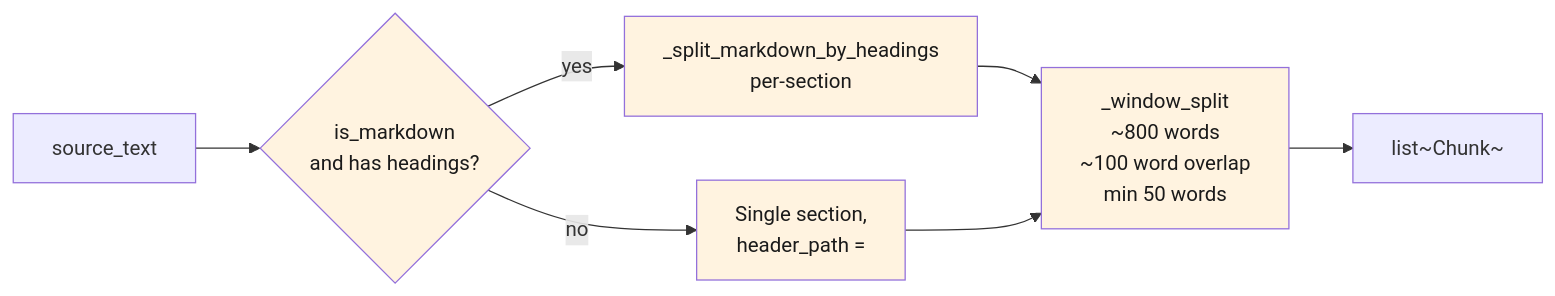
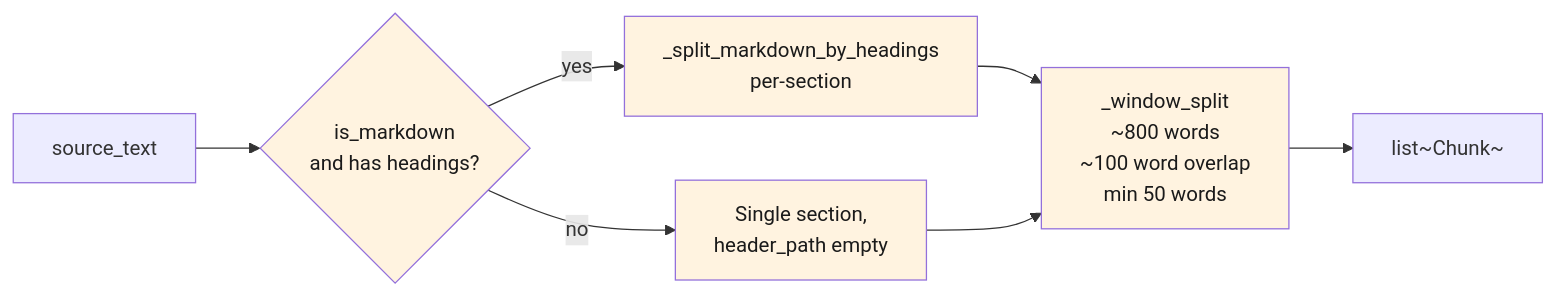
The third of 4 diagrams in diagrams/rag/ingest.md (Dockdep/LessonHub), drawn with Mermaid before and after one commit. The commit also changed other lines of this file and 23 other files, not shown here.

````diff
--- a/diagrams/rag/ingest.md
+++ b/diagrams/rag/ingest.md
@@ -92,18 +92,18 @@
 ```mermaid
 flowchart LR
   classDef step fill:#fff3e0,color:#1a1a1a
 
   src[source_text]
   md{is_markdown<br/>and has headings?}:::step
   hsplit[_split_markdown_by_headings<br/>per-section]:::step
-  flat[Single section,<br/>header_path = ""]:::step
+  flat["Single section,<br/>header_path empty"]:::step
   win[_window_split<br/>~800 words<br/>~100 word overlap<br/>min 50 words]:::step
   out[list~Chunk~]
 
   src --> md
   md -- yes --> hsplit
   md -- no --> flat
   hsplit --> win
   flat --> win
   win --> out
 ```
````
